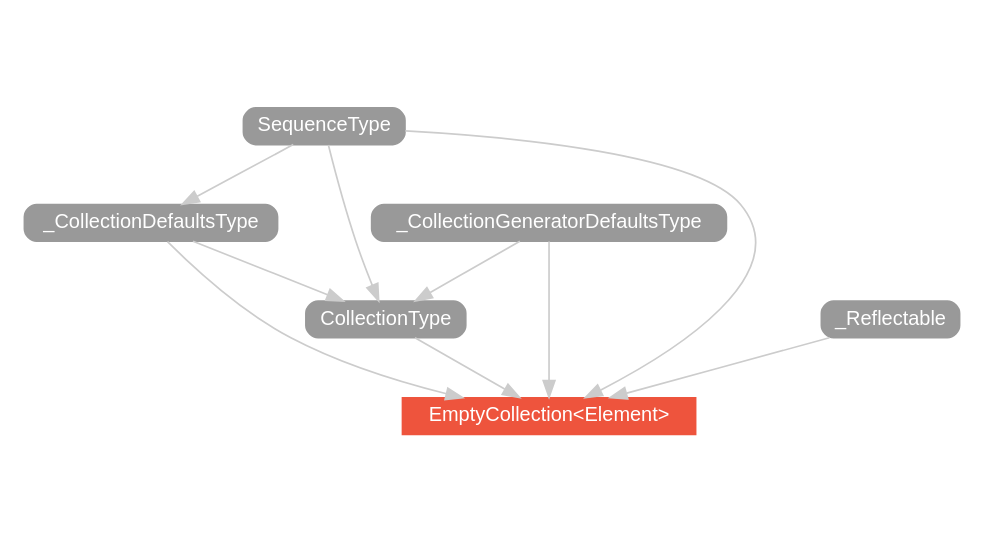
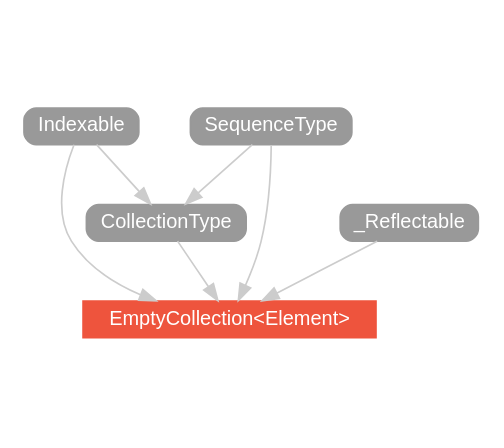
One commit to SwiftDoc/SwiftDoc.github.io changed the diagram in swift-2/type/EmptyCollection/hierarchy/index.dot. Above: the diagram before and after it, drawn with Graphviz. The commit also changed 1118 other files, not shown here.

```diff
--- a/swift-2/type/EmptyCollection/hierarchy/index.dot
+++ b/swift-2/type/EmptyCollection/hierarchy/index.dot
@@ -1,23 +1,18 @@
 strict digraph "EmptyCollection<Element> - Type Hierarchy - SwiftDoc.org" {
     pad="0.1,0.8"
     node [shape=box, style="filled,rounded", color="#999999", fillcolor="#999999", fontcolor=white, fontname=Helvetica, fontnames="Helvetica,sansserif", fontsize=12, margin="0.07,0.05", height="0.3"]
     edge [color="#cccccc"]
     "CollectionType" [URL="/protocol/CollectionType/"]
     "EmptyCollection<Element>" [URL="/type/EmptyCollection/", style="filled", fillcolor="#ee543d", color="#ee543d"]
+    "Indexable" [URL="/protocol/Indexable/"]
     "SequenceType" [URL="/protocol/SequenceType/"]
-    "_CollectionDefaultsType" [URL="/protocol/_CollectionDefaultsType/"]
-    "_CollectionGeneratorDefaultsType" [URL="/protocol/_CollectionGeneratorDefaultsType/"]
     "_Reflectable" [URL="/protocol/_Reflectable/"]    "CollectionType" -> "EmptyCollection<Element>"
+    "Indexable" -> "EmptyCollection<Element>"
     "SequenceType" -> "EmptyCollection<Element>"
-    "_CollectionDefaultsType" -> "EmptyCollection<Element>"
-    "_CollectionGeneratorDefaultsType" -> "EmptyCollection<Element>"
     "_Reflectable" -> "EmptyCollection<Element>"
+    "Indexable" -> "CollectionType"
     "SequenceType" -> "CollectionType"
-    "_CollectionDefaultsType" -> "CollectionType"
-    "_CollectionGeneratorDefaultsType" -> "CollectionType"
-    "SequenceType" -> "_CollectionDefaultsType"
-    "SequenceType" -> "_CollectionDefaultsType"
     subgraph Types {
         rank = max; "EmptyCollection<Element>";
     }
 }
```
